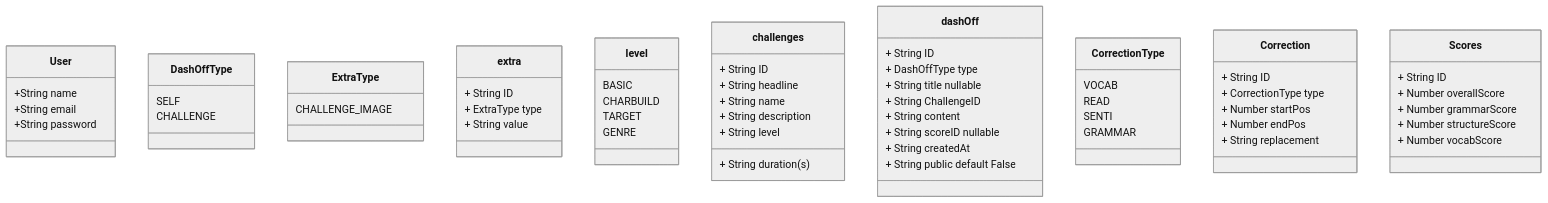
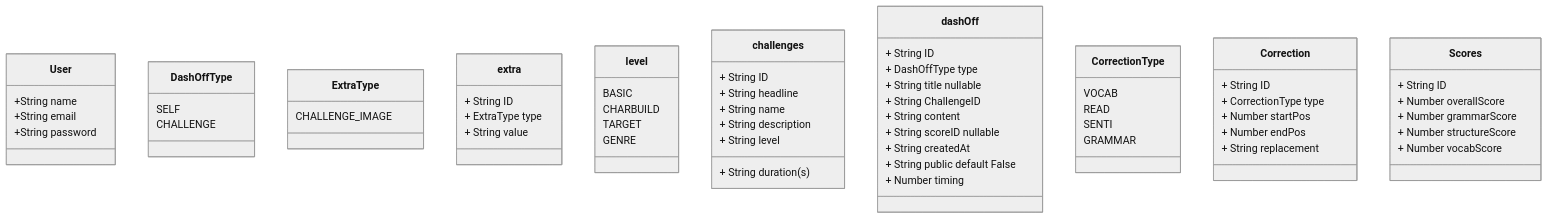
Before and after one commit to Dash-Off/galaxy: the diagram in README.md, drawn with Mermaid (neutral theme). The commit also changed other lines of this file, not shown here.

````diff
--- a/README.md
+++ b/README.md
@@ -76,77 +76,78 @@
 ```mermaid
 classDiagram
 
 class User {
   +String name
   +String email
   +String password
 }
 
 class DashOffType {
   SELF
   CHALLENGE
 }
 
 class ExtraType {
   CHALLENGE_IMAGE
 }
 
 class extra {
   + String ID
   + ExtraType type
   + String value
 }
 
 class level {
   BASIC
   CHARBUILD
   TARGET
   GENRE
 }
 
 class challenges {
   + String ID
   + String headline
   + String name
   + String duration(s)
   + String description
   + String level
 }
 
 class dashOff {
   + String ID
   + DashOffType type
   + String title nullable
   + String ChallengeID
   + String content
   + String scoreID nullable
   + String createdAt
   + String public default False
+  + Number timing
 }
 
 class CorrectionType {
   VOCAB
   READ
   SENTI
   GRAMMAR
 }
 
 class Correction {
   + String ID
   + CorrectionType type
   + Number startPos
   + Number endPos
   + String replacement
 }
 
 class Scores {
   + String ID
   + Number overallScore
   + Number grammarScore
   + Number structureScore
   + Number vocabScore
 }
 
 
 
 ```
````
